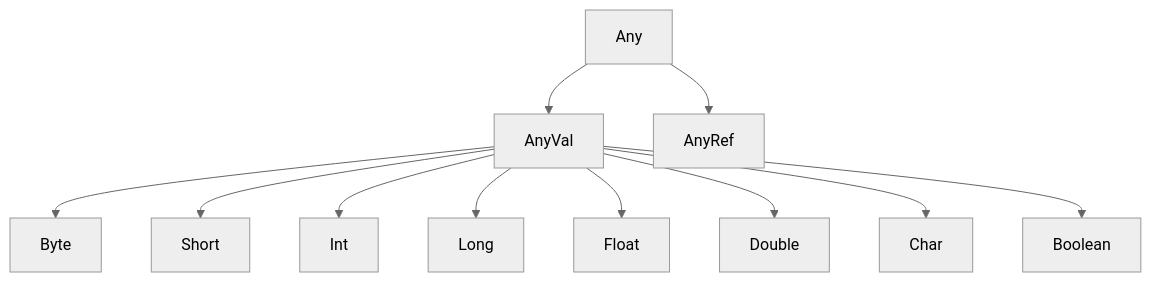
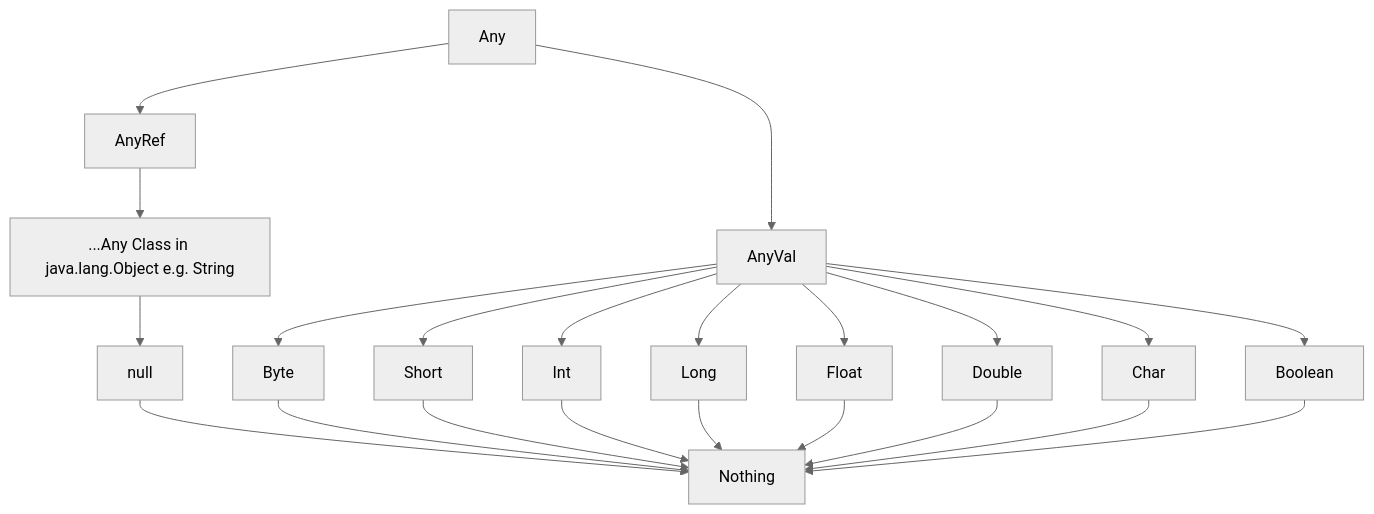
Before and after one commit to shakeelansari63/Training: the diagram in Scala/10.AnyValAnyRefAndAny.md, drawn with Mermaid (neutral theme). The commit also changed 1 other file, not shown here.

````diff
--- a/Scala/10.AnyValAnyRefAndAny.md
+++ b/Scala/10.AnyValAnyRefAndAny.md
@@ -1,13 +1,24 @@
 ```mermaid
-graph TD;
+flowchart TD
     Any --> AnyVal;
     Any --> AnyRef;
     AnyVal --> Byte;
     AnyVal --> Short;
     AnyVal --> Int;
     AnyVal --> Long;
     AnyVal --> Float;
     AnyVal --> Double;
     AnyVal --> Char;
     AnyVal --> Boolean;
+    AnyRef --> X[...Any Class in java.lang.Object e.g. String]
+    X --> null;
+    null --> Nothing;
+    Byte --> Nothing;
+    Short --> Nothing;
+    Int --> Nothing;
+    Long --> Nothing;
+    Float --> Nothing;
+    Double --> Nothing;
+    Char --> Nothing;
+    Boolean --> Nothing;
 ```
````
